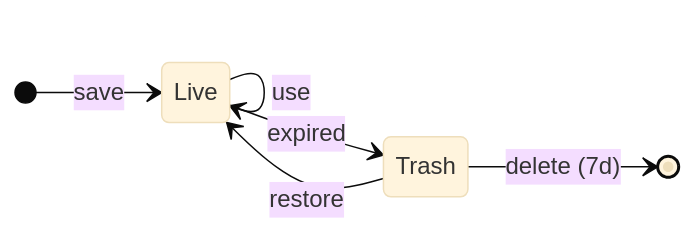
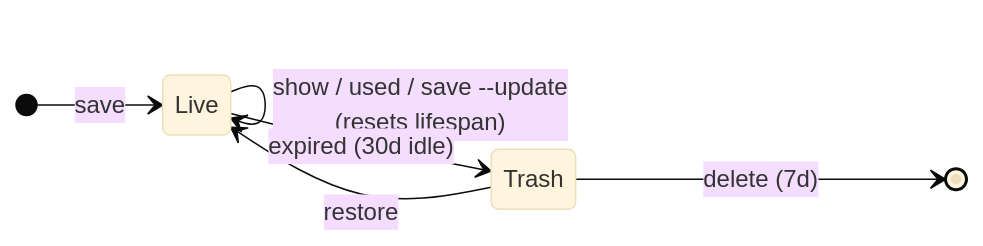
The first of 2 diagrams in README.md (yamadashy/agent-carnet), drawn with Mermaid (base theme) before and after one commit. The commit also changed other lines of this file, not shown here.

Commit message:
docs(readme): enrich lifecycle diagram labels with self-explaining text
Reader feedback: the previous one-word labels (\`use\` /
\`expired\`) were compact enough to fit alongside GitHub's diagram
UI controls but too cryptic on first read — \`use\` did not say
*what* counted as use, and \`expired\` did not say *based on what*.

Re-add inline detail to the two labels that needed it most:

- \`use\` → \`show / used / save --update<br/>(resets lifespan)\`
  Names the three commands that trigger the self-loop and states the
  effect, so the diagram alone communicates the refresh-on-use model
  without forcing a hop to the caption or the table.
- \`expired\` → \`expired (30d idle)\` so the default lifespan window
  shows up next to the transition that depends on it.

The other labels (\`save\`, \`restore\`, \`delete (7d)\`) stay short
since they are already self-evident. The caption keeps its role of
expanding \`expired\` and \`delete (7d)\` for readers who want the
exact rule, but it no longer has to carry the entire weight of
explaining what \`use\` means.

````diff
--- a/README.md
+++ b/README.md
@@ -74,10 +74,10 @@
 ```mermaid
 stateDiagram-v2
     direction LR
 
     [*] --> Live: save
-    Live --> Live: use
-    Live --> Trash: expired
+    Live --> Live: show / used / save --update<br/>(resets lifespan)
+    Live --> Trash: expired (30d idle)
     Trash --> Live: restore
     Trash --> [*]: delete (7d)
 ```
````
